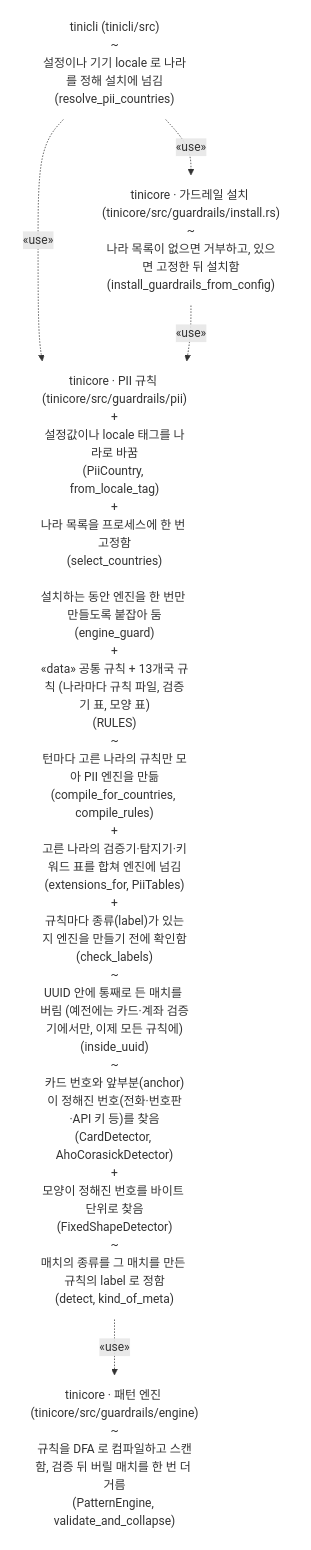
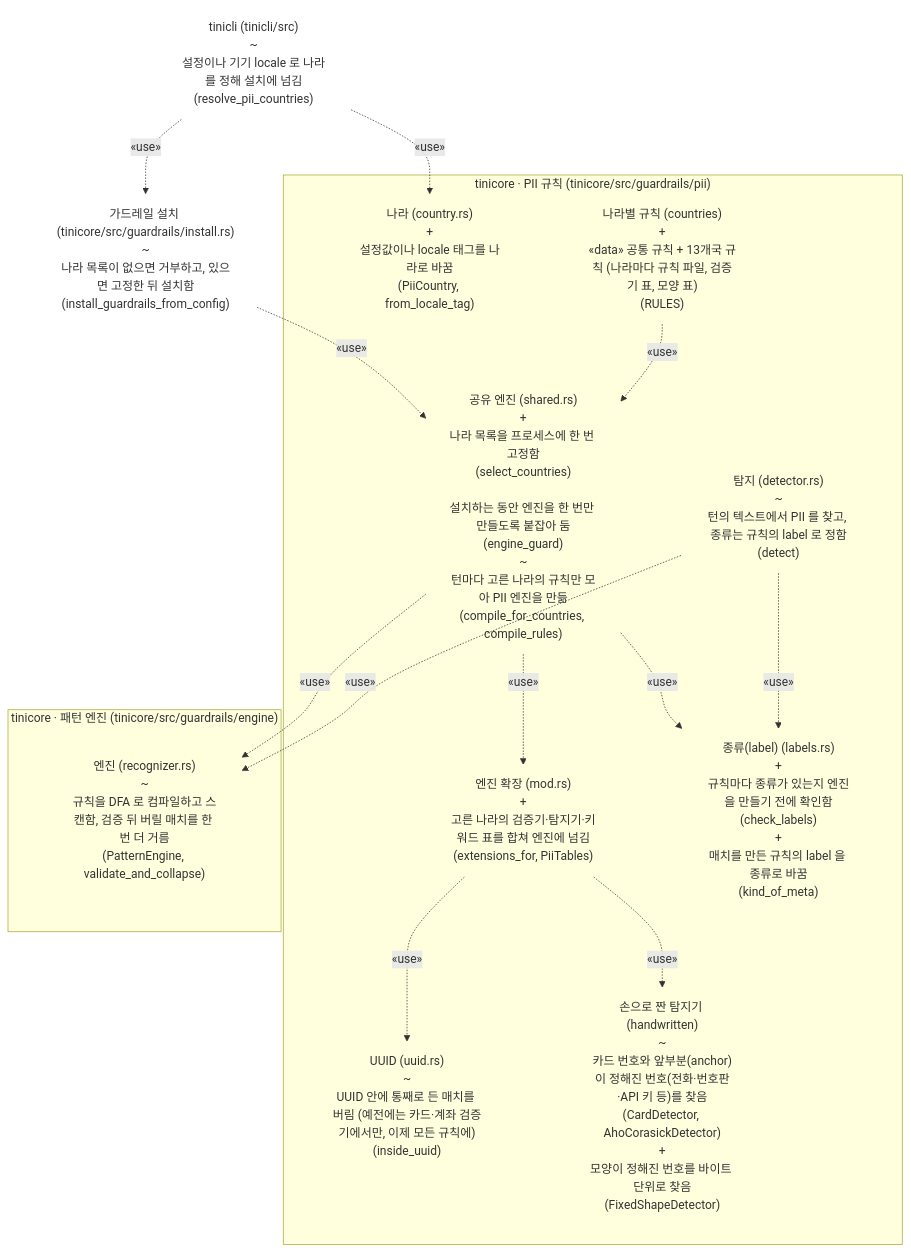
The diagram in reports/20261029-ARGO-multilingual-pii/fig2-after.mmd (sbc10620/shared), drawn with Mermaid before and after one commit. The commit also changed 7 other files, not shown here.

```diff
--- a/reports/20261029-ARGO-multilingual-pii/fig2-after.mmd
+++ b/reports/20261029-ARGO-multilingual-pii/fig2-after.mmd
@@ -1,11 +1,29 @@
 flowchart TB
   p_cli["<div class='pk '><div class='tab'>tinicli <span class='path'>(tinicli/src)</span></div><div class='body'><div class='it changed'><span class='mk'>~</span><div><div class='role'>설정이나 기기 locale 로 나라를 정해 설치에 넘김</div><div class='fn'>(resolve_pii_countries)</div></div></div></div></div>"]
-  p_inst["<div class='pk '><div class='tab'>tinicore · 가드레일 설치 <span class='path'>(tinicore/src/guardrails/install.rs)</span></div><div class='body'><div class='it changed'><span class='mk'>~</span><div><div class='role'>나라 목록이 없으면 거부하고, 있으면 고정한 뒤 설치함</div><div class='fn'>(install_guardrails_from_config)</div></div></div></div></div>"]
-  p_pii["<div class='pk '><div class='tab'>tinicore · PII 규칙 <span class='path'>(tinicore/src/guardrails/pii)</span></div><div class='body'><div class='it new'><span class='mk'>+</span><div><div class='role'>설정값이나 locale 태그를 나라로 바꿈</div><div class='fn'>(PiiCountry, from_locale_tag)</div></div></div><div class='it new'><span class='mk'>+</span><div><div class='role'>나라 목록을 프로세스에 한 번 고정함</div><div class='fn'>(select_countries)</div></div></div><div class='it '><span class='mk'>&nbsp;</span><div><div class='role'>설치하는 동안 엔진을 한 번만 만들도록 붙잡아 둠</div><div class='fn'>(engine_guard)</div></div></div><div class='it new'><span class='mk'>+</span><div><div class='role'><span class='st'>«data»</span> 공통 규칙 + 13개국 규칙 (나라마다 규칙 파일, 검증기 표, 모양 표)</div><div class='fn'>(RULES)</div></div></div><div class='it changed'><span class='mk'>~</span><div><div class='role'>턴마다 고른 나라의 규칙만 모아 PII 엔진을 만듦</div><div class='fn'>(compile_for_countries, compile_rules)</div></div></div><div class='it new'><span class='mk'>+</span><div><div class='role'>고른 나라의 검증기·탐지기·키워드 표를 합쳐 엔진에 넘김</div><div class='fn'>(extensions_for, PiiTables)</div></div></div><div class='it new'><span class='mk'>+</span><div><div class='role'>규칙마다 종류(label)가 있는지 엔진을 만들기 전에 확인함</div><div class='fn'>(check_labels)</div></div></div><div class='it changed'><span class='mk'>~</span><div><div class='role'>UUID 안에 통째로 든 매치를 버림 (예전에는 카드·계좌 검증기에서만, 이제 모든 규칙에)</div><div class='fn'>(inside_uuid)</div></div></div><div class='it changed'><span class='mk'>~</span><div><div class='role'>카드 번호와 앞부분(anchor)이 정해진 번호(전화·번호판·API 키 등)를 찾음</div><div class='fn'>(CardDetector, AhoCorasickDetector)</div></div></div><div class='it new'><span class='mk'>+</span><div><div class='role'>모양이 정해진 번호를 바이트 단위로 찾음</div><div class='fn'>(FixedShapeDetector)</div></div></div><div class='it changed'><span class='mk'>~</span><div><div class='role'>매치의 종류를 그 매치를 만든 규칙의 label 로 정함</div><div class='fn'>(detect, kind_of_meta)</div></div></div></div></div>"]
-  p_eng["<div class='pk '><div class='tab'>tinicore · 패턴 엔진 <span class='path'>(tinicore/src/guardrails/engine)</span></div><div class='body'><div class='it changed'><span class='mk'>~</span><div><div class='role'>규칙을 DFA 로 컴파일하고 스캔함, 검증 뒤 버릴 매치를 한 번 더 거름</div><div class='fn'>(PatternEngine, validate_and_collapse)</div></div></div></div></div>"]
+  p_inst["<div class='pk '><div class='tab'>가드레일 설치 <span class='path'>(tinicore/src/guardrails/install.rs)</span></div><div class='body'><div class='it changed'><span class='mk'>~</span><div><div class='role'>나라 목록이 없으면 거부하고, 있으면 고정한 뒤 설치함</div><div class='fn'>(install_guardrails_from_config)</div></div></div></div></div>"]
+  subgraph g_pii["tinicore · PII 규칙 <span class='path'>(tinicore/src/guardrails/pii)</span>"]
+    p_country["<div class='pk new'><div class='tab'>나라 <span class='path'>(country.rs)</span></div><div class='body'><div class='it new'><span class='mk'>+</span><div><div class='role'>설정값이나 locale 태그를 나라로 바꿈</div><div class='fn'>(PiiCountry, from_locale_tag)</div></div></div></div></div>"]
+    p_rules["<div class='pk new'><div class='tab'>나라별 규칙 <span class='path'>(countries)</span></div><div class='body'><div class='it new'><span class='mk'>+</span><div><div class='role'><span class='st'>«data»</span> 공통 규칙 + 13개국 규칙 (나라마다 규칙 파일, 검증기 표, 모양 표)</div><div class='fn'>(RULES)</div></div></div></div></div>"]
+    p_shared["<div class='pk '><div class='tab'>공유 엔진 <span class='path'>(shared.rs)</span></div><div class='body'><div class='it new'><span class='mk'>+</span><div><div class='role'>나라 목록을 프로세스에 한 번 고정함</div><div class='fn'>(select_countries)</div></div></div><div class='it '><span class='mk'>&nbsp;</span><div><div class='role'>설치하는 동안 엔진을 한 번만 만들도록 붙잡아 둠</div><div class='fn'>(engine_guard)</div></div></div><div class='it changed'><span class='mk'>~</span><div><div class='role'>턴마다 고른 나라의 규칙만 모아 PII 엔진을 만듦</div><div class='fn'>(compile_for_countries, compile_rules)</div></div></div></div></div>"]
+    p_tables["<div class='pk '><div class='tab'>엔진 확장 <span class='path'>(mod.rs)</span></div><div class='body'><div class='it new'><span class='mk'>+</span><div><div class='role'>고른 나라의 검증기·탐지기·키워드 표를 합쳐 엔진에 넘김</div><div class='fn'>(extensions_for, PiiTables)</div></div></div></div></div>"]
+    p_labels["<div class='pk new'><div class='tab'>종류(label) <span class='path'>(labels.rs)</span></div><div class='body'><div class='it new'><span class='mk'>+</span><div><div class='role'>규칙마다 종류가 있는지 엔진을 만들기 전에 확인함</div><div class='fn'>(check_labels)</div></div></div><div class='it new'><span class='mk'>+</span><div><div class='role'>매치를 만든 규칙의 label 을 종류로 바꿈</div><div class='fn'>(kind_of_meta)</div></div></div></div></div>"]
+    p_uuid["<div class='pk new'><div class='tab'>UUID <span class='path'>(uuid.rs)</span></div><div class='body'><div class='it changed'><span class='mk'>~</span><div><div class='role'>UUID 안에 통째로 든 매치를 버림 (예전에는 카드·계좌 검증기에서만, 이제 모든 규칙에)</div><div class='fn'>(inside_uuid)</div></div></div></div></div>"]
+    p_hw["<div class='pk '><div class='tab'>손으로 짠 탐지기 <span class='path'>(handwritten)</span></div><div class='body'><div class='it changed'><span class='mk'>~</span><div><div class='role'>카드 번호와 앞부분(anchor)이 정해진 번호(전화·번호판·API 키 등)를 찾음</div><div class='fn'>(CardDetector, AhoCorasickDetector)</div></div></div><div class='it new'><span class='mk'>+</span><div><div class='role'>모양이 정해진 번호를 바이트 단위로 찾음</div><div class='fn'>(FixedShapeDetector)</div></div></div></div></div>"]
+    p_det["<div class='pk '><div class='tab'>탐지 <span class='path'>(detector.rs)</span></div><div class='body'><div class='it changed'><span class='mk'>~</span><div><div class='role'>턴의 텍스트에서 PII 를 찾고, 종류는 규칙의 label 로 정함</div><div class='fn'>(detect)</div></div></div></div></div>"]
+  end
+  subgraph g_eng["tinicore · 패턴 엔진 <span class='path'>(tinicore/src/guardrails/engine)</span>"]
+    p_rec["<div class='pk '><div class='tab'>엔진 <span class='path'>(recognizer.rs)</span></div><div class='body'><div class='it changed'><span class='mk'>~</span><div><div class='role'>규칙을 DFA 로 컴파일하고 스캔함, 검증 뒤 버릴 매치를 한 번 더 거름</div><div class='fn'>(PatternEngine, validate_and_collapse)</div></div></div></div></div>"]
+  end
   p_cli -. "«use»" .-> p_inst
-  p_cli -. "«use»" .-> p_pii
-  p_inst -. "«use»" .-> p_pii
-  p_pii -. "«use»" .-> p_eng
+  p_cli -. "«use»" .-> p_country
+  p_inst -. "«use»" .-> p_shared
+  p_rules -. "«use»" .-> p_shared
+  p_shared -. "«use»" .-> p_tables
+  p_shared -. "«use»" .-> p_labels
+  p_tables -. "«use»" .-> p_hw
+  p_tables -. "«use»" .-> p_uuid
+  p_shared -. "«use»" .-> p_rec
+  p_det -. "«use»" .-> p_labels
+  p_det -. "«use»" .-> p_rec
   classDef pkg fill:none,stroke:none
-  class p_cli,p_inst,p_pii,p_eng pkg
+  class p_cli,p_inst,p_country,p_rules,p_shared,p_tables,p_labels,p_uuid,p_hw,p_det,p_rec pkg
```
